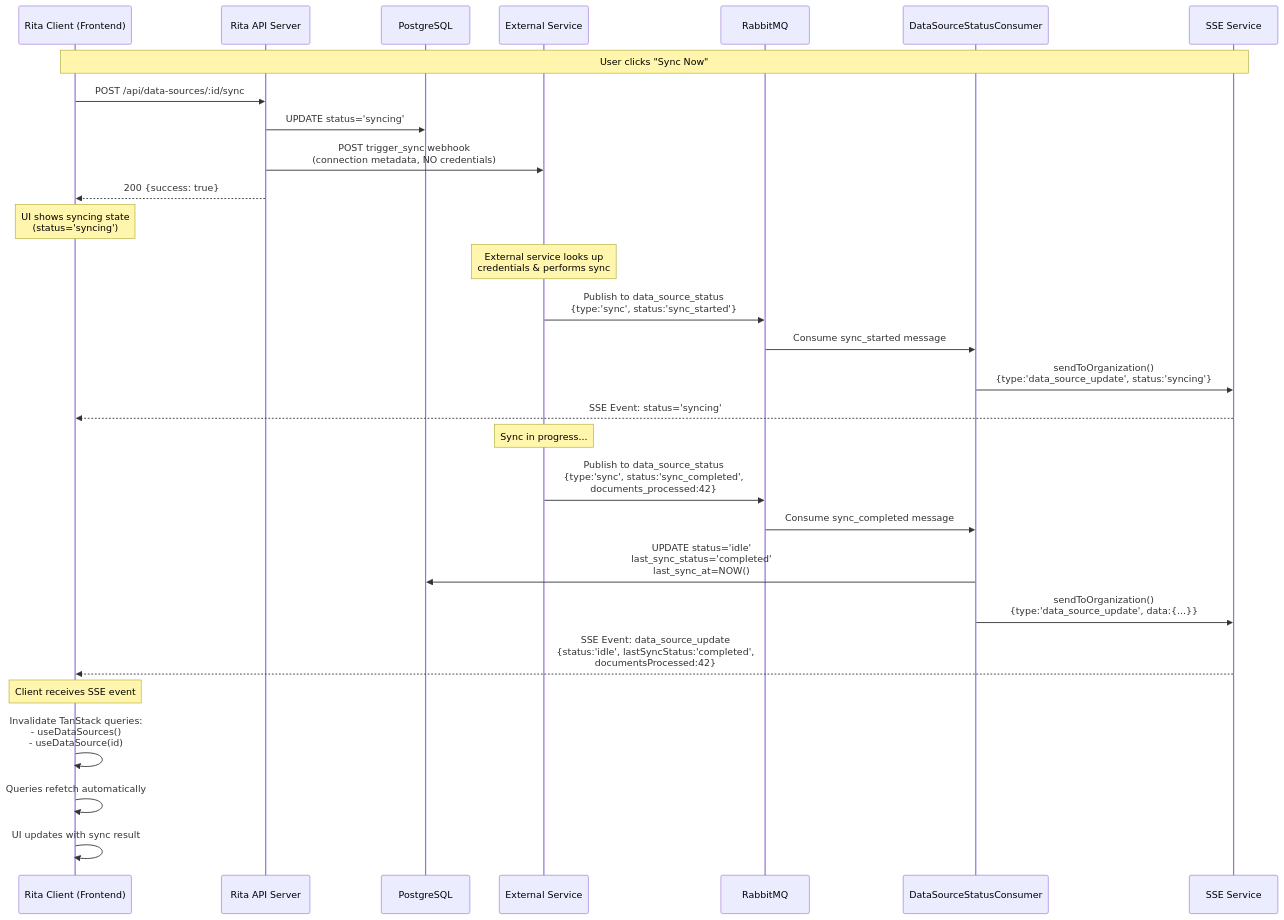
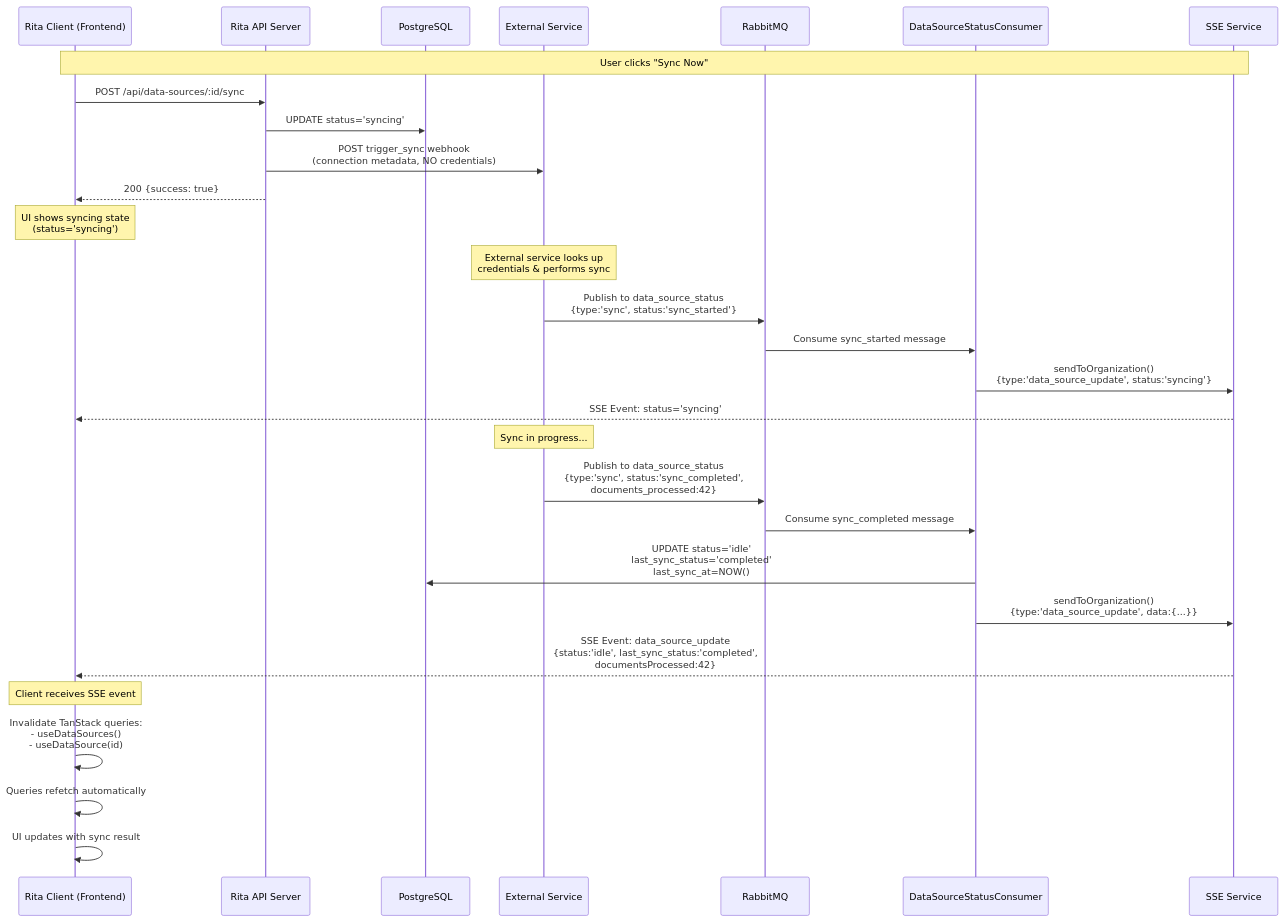
The second of 3 diagrams in docs/DATA_SOURCE_CONNECTIONS.md (ewilhelmy-resolve/resolve-prototypes), drawn with Mermaid before and after one commit. The commit also changed other lines of this file and 18 other files, not shown here.

First line of the commit message:
feat: added new document and data source api changes for connections

````diff
--- a/docs/DATA_SOURCE_CONNECTIONS.md
+++ b/docs/DATA_SOURCE_CONNECTIONS.md
@@ -406,41 +406,41 @@
 ```mermaid
 sequenceDiagram
     participant Client as Rita Client (Frontend)
     participant API as Rita API Server
     participant DB as PostgreSQL
     participant Webhook as External Service
     participant Queue as RabbitMQ
     participant Consumer as DataSourceStatusConsumer
     participant SSE as SSE Service
 
     Note over Client,SSE: User clicks "Sync Now"
 
     Client->>API: POST /api/data-sources/:id/sync
     API->>DB: UPDATE status='syncing'
     API->>Webhook: POST trigger_sync webhook<br/>(connection metadata, NO credentials)
     API-->>Client: 200 {success: true}
 
     Note over Client: UI shows syncing state<br/>(status='syncing')
 
     Note over Webhook: External service looks up<br/>credentials & performs sync
 
     Webhook->>Queue: Publish to data_source_status<br/>{type:'sync', status:'sync_started'}
     Queue->>Consumer: Consume sync_started message
     Consumer->>SSE: sendToOrganization()<br/>{type:'data_source_update', status:'syncing'}
     SSE-->>Client: SSE Event: status='syncing'
 
     Note over Webhook: Sync in progress...
 
     Webhook->>Queue: Publish to data_source_status<br/>{type:'sync', status:'sync_completed',<br/>documents_processed:42}
 
     Queue->>Consumer: Consume sync_completed message
     Consumer->>DB: UPDATE status='idle'<br/>last_sync_status='completed'<br/>last_sync_at=NOW()
     Consumer->>SSE: sendToOrganization()<br/>{type:'data_source_update', data:{...}}
 
-    SSE-->>Client: SSE Event: data_source_update<br/>{status:'idle', lastSyncStatus:'completed',<br/>documentsProcessed:42}
+    SSE-->>Client: SSE Event: data_source_update<br/>{status:'idle', last_sync_status:'completed',<br/>documentsProcessed:42}
 
     Note over Client: Client receives SSE event
     Client->>Client: Invalidate TanStack queries:<br/>- useDataSources()<br/>- useDataSource(id)
     Client->>Client: Queries refetch automatically
     Client->>Client: UI updates with sync result
 ```
````
